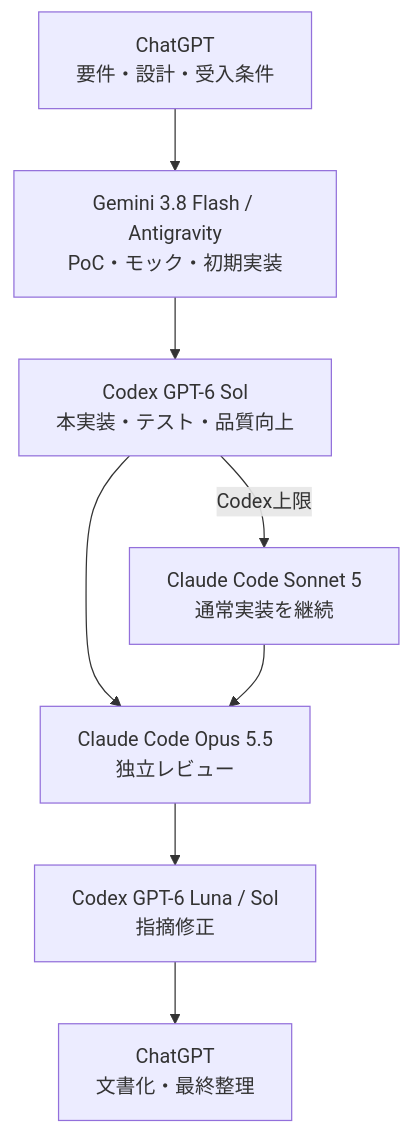
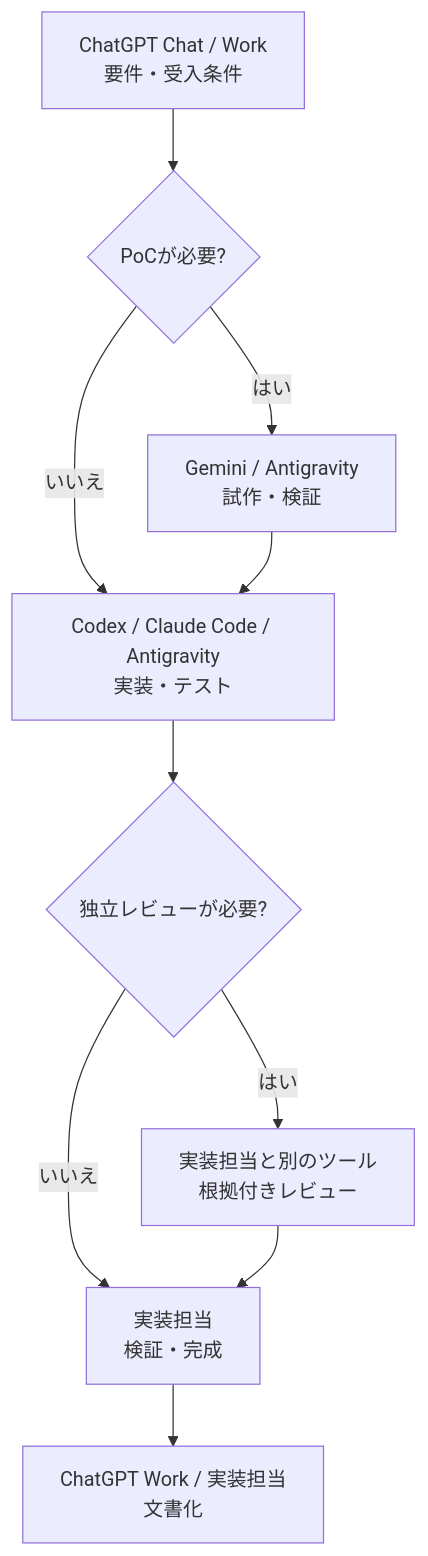
Before and after one commit to moruku36/multi-ai-workflow: the diagram in docs/routing-guide.md, drawn with Mermaid. The commit also changed other lines of this file and 2 other files, not shown here.

Commit message:
docs: clarify ChatGPT, Claude Code and Gemini routing

````diff
--- a/docs/routing-guide.md
+++ b/docs/routing-guide.md
@@ -33,11 +33,12 @@
 ```mermaid
 flowchart TD
-    P["ChatGPT<br/>要件・設計・受入条件"] --> G["Gemini 3.8 Flash / Antigravity<br/>PoC・モック・初期実装"]
-    G --> C["Codex GPT-6 Sol<br/>本実装・テスト・品質向上"]
-    C --> R["Claude Code Opus 5.5<br/>独立レビュー"]
-    R --> F["Codex GPT-6 Luna / Sol<br/>指摘修正"]
-    F --> D["ChatGPT<br/>文書化・最終整理"]
-
-    C -->|Codex上限| S["Claude Code Sonnet 5<br/>通常実装を継続"]
-    S --> R
+    P["ChatGPT Chat / Work<br/>要件・受入条件"] --> Q{"PoCが必要?"}
+    Q -->|はい| G["Gemini / Antigravity<br/>試作・検証"]
+    Q -->|いいえ| C["Codex / Claude Code / Antigravity<br/>実装・テスト"]
+    G --> C
+    C --> R{"独立レビューが必要?"}
+    R -->|はい| V["実装担当と別のツール<br/>根拠付きレビュー"]
+    R -->|いいえ| F["実装担当<br/>検証・完成"]
+    V --> F
+    F --> D["ChatGPT Work / 実装担当<br/>文書化"]
 ```
````
